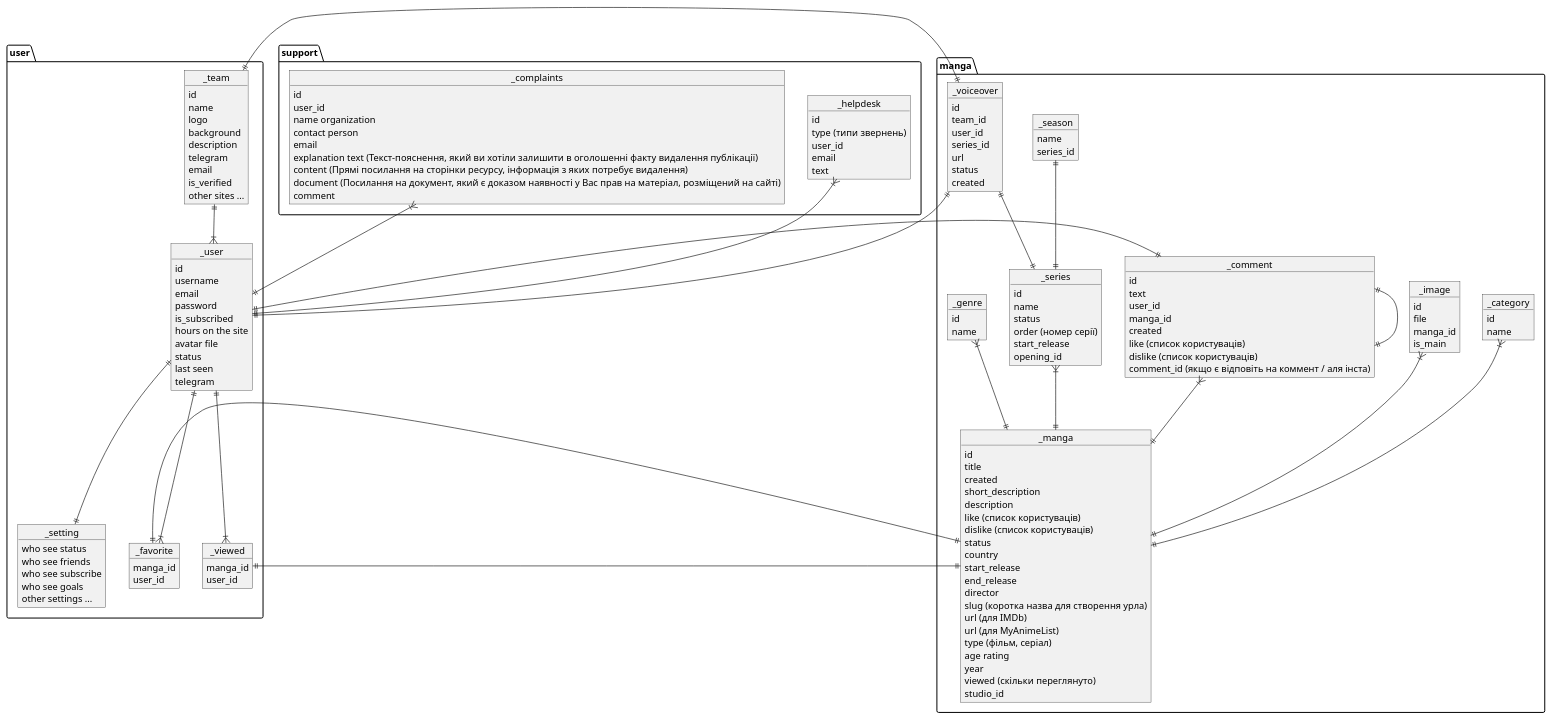
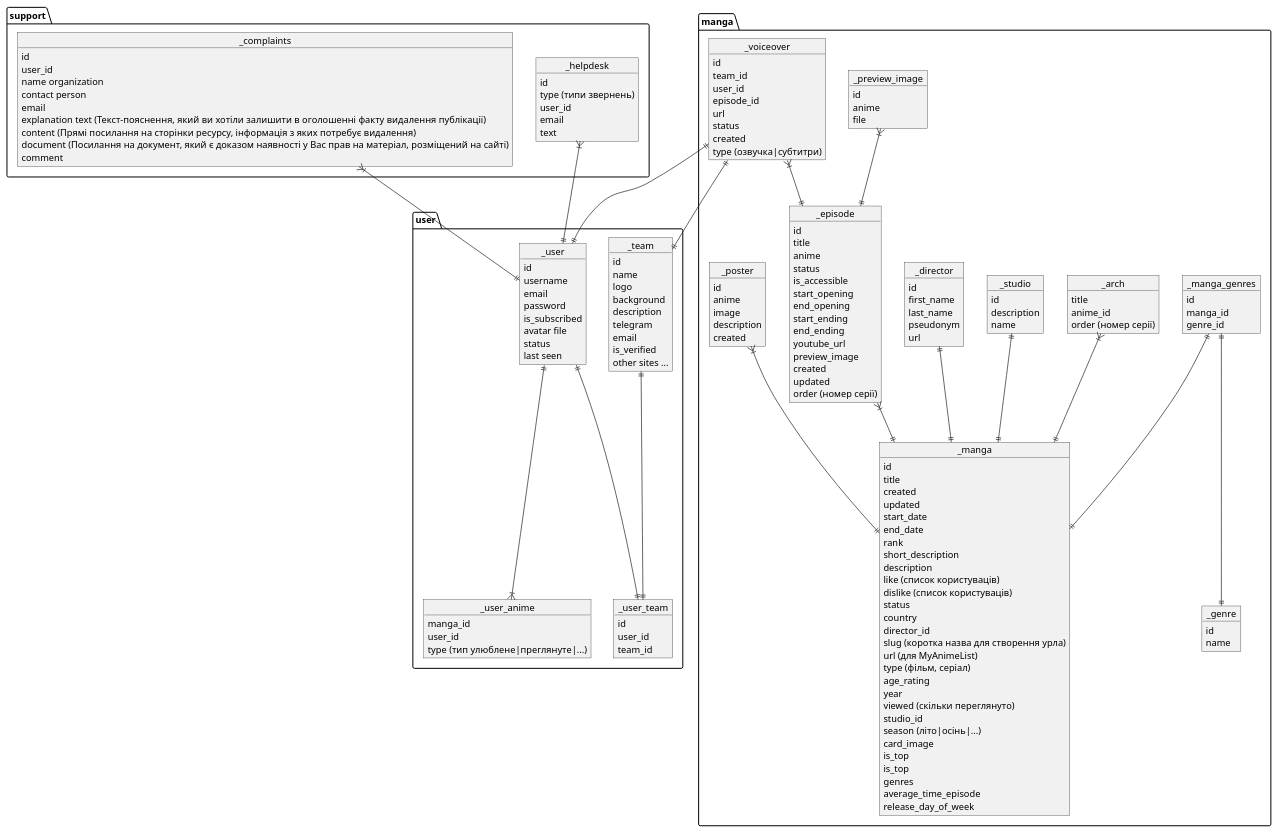
Before and after one commit to test-organization-web/AnimeON: the diagram in docs/scheme.puml, drawn with PlantUML. The commit also changed 49 other files, not shown here.

Commit message:
Added db schema to docs

```diff
--- a/docs/scheme.puml
+++ b/docs/scheme.puml
@@ -1,160 +1,178 @@
 @startuml
 
 package user {
 	object _user
 		_user : id
 		_user : username
 		_user : email
 		_user : password
 		_user : is_subscribed
-		_user : hours on the site
 		_user : avatar file
 		_user : status
 		_user : last seen
-		_user : telegram
-
-	object _setting
-		_setting : who see status
-		_setting : who see friends
-		_setting : who see subscribe
-		_setting : who see goals
-		_setting : other settings ...
 
 	object _team
 		_team : id
 		_team : name
 		_team : logo
 		_team : background
 		_team : description
 		_team : telegram
 		_team : email
 		_team : is_verified
 		_team : other sites ...
 
-	object _favorite
-		_favorite : manga_id
-		_favorite : user_id
+	object _user_team
+		_user_team : id
+		_user_team : user_id
+		_user_team : team_id
 
-	object _viewed
-		_viewed : manga_id
-		_viewed : user_id
+	object _user_anime
+		_user_anime : manga_id
+		_user_anime : user_id
+		_user_anime : type (тип улюблене|преглянуте|...)
+
 }
 
 package support {
 	object _helpdesk
 		_helpdesk : id
 		_helpdesk : type (типи звернень)
 		_helpdesk : user_id
 		_helpdesk : email
 		_helpdesk : text
 
 	object _complaints
 		_complaints : id
 		_complaints : user_id
 		_complaints : name organization
 		_complaints : contact person
 		_complaints : email
 		_complaints : explanation text (Текст-пояснення, який ви хотіли залишити в оголошенні факту видалення публікації)
 		_complaints : content (Прямі посилання на сторінки ресурсу, інформація з яких потребує видалення)
 		_complaints : document (Посилання на документ, який є доказом наявності у Вас прав на матеріал, розміщений на сайті)
 		_complaints : comment
 }
 
 package manga {
-	object _category
-		_category : id
-		_category : name
 
 	object _manga
 		_manga : id
 		_manga : title
 		_manga : created
+		_manga : updated
+		_manga : start_date
+		_manga : end_date
+		_manga : rank
 		_manga : short_description
 		_manga : description
 		_manga : like (список користуваців)
 		_manga : dislike (список користуваців)
 		_manga : status
 		_manga : country
-		_manga : start_release
-		_manga : end_release
-		_manga : director
+		_manga : director_id
 		_manga : slug (коротка назва для створення урла)
-		_manga : url (для IMDb)
 		_manga : url (для MyAnimeList)
 		_manga : type (фільм, серіал)
-		_manga : age rating
+		_manga : age_rating
 		_manga : year
 		_manga : viewed (скільки переглянуто)
 		_manga : studio_id
+		_manga : season (літо|осінь|...)
+		_manga : card_image
+		_manga : is_top
+		_manga : is_top
+		_manga : genres
+		_manga : average_time_episode
+		_manga : release_day_of_week
 
-	object _season
-		_season : name
-		_season : series_id
+	object _episode
+		_episode : id
+		_episode : title
+		_episode : anime
+		_episode : status
+		_episode : is_accessible
+		_episode : start_opening
+		_episode : end_opening
+		_episode : start_ending
+		_episode : end_ending
+		_episode : youtube_url
+		_episode : preview_image
+		_episode : created
+		_episode : updated
+		_episode : order (номер серії)
 
-	object _image
-		_image : id
-		_image : file
-		_image : manga_id
-		_image : is_main
-
-	object _comment
-		_comment : id
-		_comment : text
-		_comment : user_id
-		_comment : manga_id
-		_comment : created
-		_comment : like (список користуваців)
-		_comment : dislike (список користуваців)
-		_comment : comment_id (якщо є відповіть на коммент / аля інста)
-
-	object _series
-		_series : id
-		_series : name
-		_series : status
-		_series : order (номер серії)
-		_series : start_release
-		_series : opening_id
+	object _arch
+		_arch : title
+		_arch : anime_id
+		_arch : order (номер серії)
 
 	object _voiceover
 		_voiceover : id
 		_voiceover : team_id
 		_voiceover : user_id
-		_voiceover : series_id
+		_voiceover : episode_id
 		_voiceover : url
 		_voiceover : status
 		_voiceover : created
+		_voiceover : type (озвучка|субтитри)
+
+	object _manga_genres
+		_manga_genres : id
+		_manga_genres : manga_id
+		_manga_genres : genre_id
 
 	object _genre
 		_genre : id
 		_genre : name
 
+	object _studio
+		_studio : id
+		_studio : description
+		_studio : name
+
+	object _director
+		_director : id
+		_director : first_name
+		_director : last_name
+		_director : pseudonym
+		_director : url
+
+	object _preview_image
+		_preview_image : id
+		_preview_image : anime
+		_preview_image : file
+
+	object _poster
+		_poster : id
+		_poster : anime
+		_poster : image
+		_poster : description
+		_poster : created
 }
 
 _helpdesk }|--|| _user
 _complaints }|--|| _user
 
-_team ||--|{ _user
+_team ||--|| _user_team
+_user ||--|| _user_team
 
-_season ||--|| _series
-_series }|--|| _manga
+_arch }|--|| _manga
 
-_image }|--|| _manga
+_episode }|--|| _manga
+_studio ||--|| _manga
+_director ||--|| _manga
+_manga_genres ||--|| _manga
+_manga_genres ||--|| _genre
 
-_comment }|--|| _manga
-_comment ||--|| _user
-_comment ||--|| _comment
+_preview_image }|--|| _episode
 
-_voiceover ||--|| _series
+_voiceover }|--|| _episode
 _voiceover ||--|| _team
 _voiceover ||--|| _user
-_category }|--|| _manga
-_genre }|--|| _manga
 
-_user ||--|{ _favorite
-_user ||--|{ _viewed
-_user ||--|| _setting
+_poster }|--|| _manga
 
-_viewed ||--|| _manga
-_favorite ||--|| _manga
+_user ||--|{ _user_anime
 
 @enduml
```
